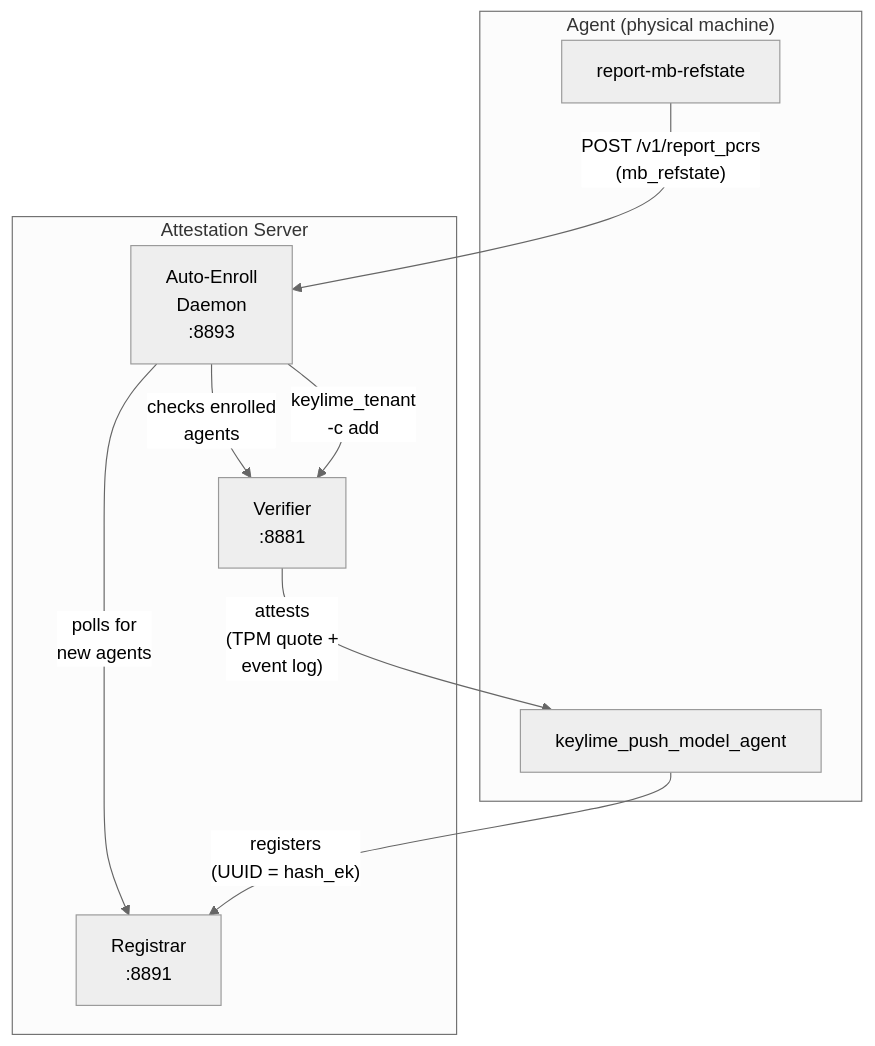
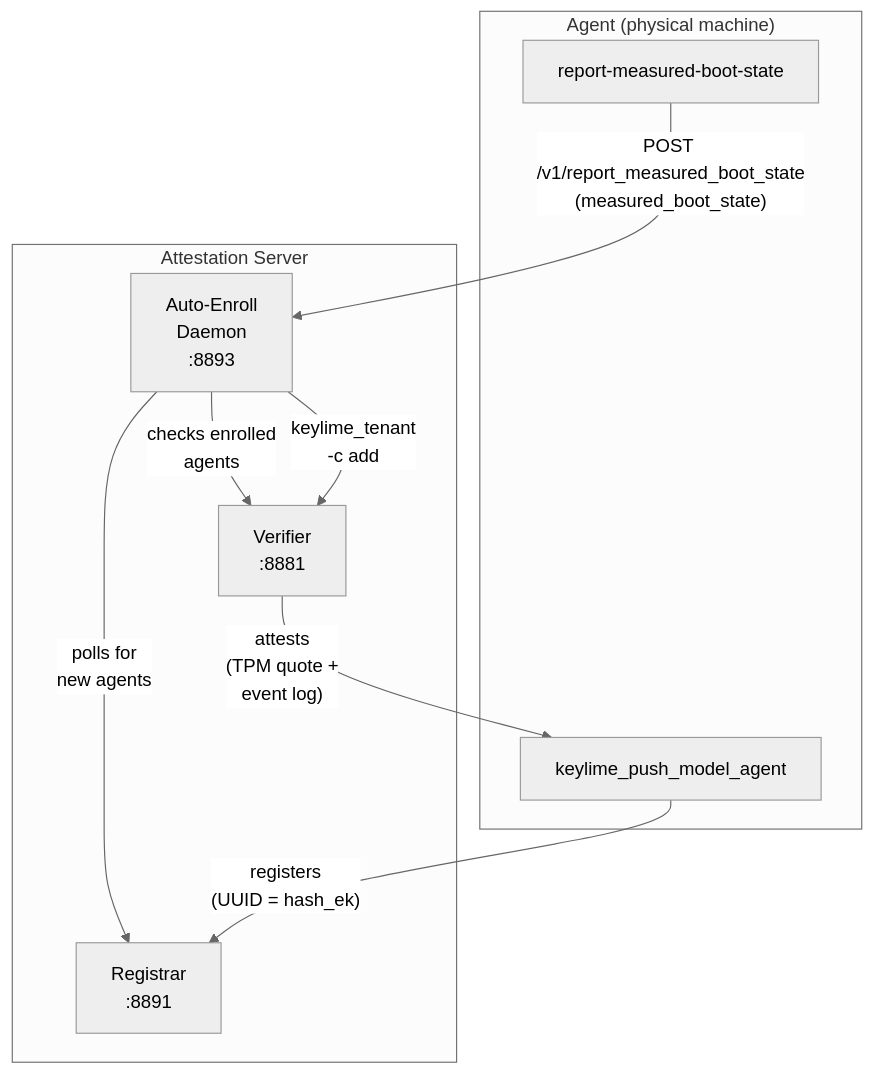
Before and after one commit to phaer/nixos-android-builder: the first of 3 diagrams in docs/docs.md, drawn with Mermaid. The commit also changed other lines of this file and 21 other files, not shown here.

First line of the commit message:
extract measured-boot-library with libefivar support

```diff
--- a/docs/docs.md
+++ b/docs/docs.md
@@ -243,25 +243,25 @@
 ~~~mermaid
 ---
 config:
   theme: neutral
 ---
 graph TB
     subgraph server["Attestation Server"]
         registrar["Registrar\n:8891"]
         verifier["Verifier\n:8881"]
         daemon["Auto-Enroll\nDaemon\n:8893"]
 
         daemon -- "polls for\nnew agents" --> registrar
         daemon -- "checks enrolled\nagents" --> verifier
         daemon -- "keylime_tenant\n-c add" --> verifier
     end
 
     subgraph agent["Agent (physical machine)"]
         keylime_agent["keylime_push_model_agent"]
-        report_mb_refstate["report-mb-refstate"]
+        report_measured_boot_state["report-measured-boot-state"]
     end
 
     keylime_agent -- "registers\n(UUID = hash_ek)" --> registrar
-    report_mb_refstate -- "POST /v1/report_pcrs\n(mb_refstate)" --> daemon
+    report_measured_boot_state -- "POST /v1/report_measured_boot_state\n(measured_boot_state)" --> daemon
     verifier -- "attests\n(TPM quote +\nevent log)" --> keylime_agent
 ~~~
```
